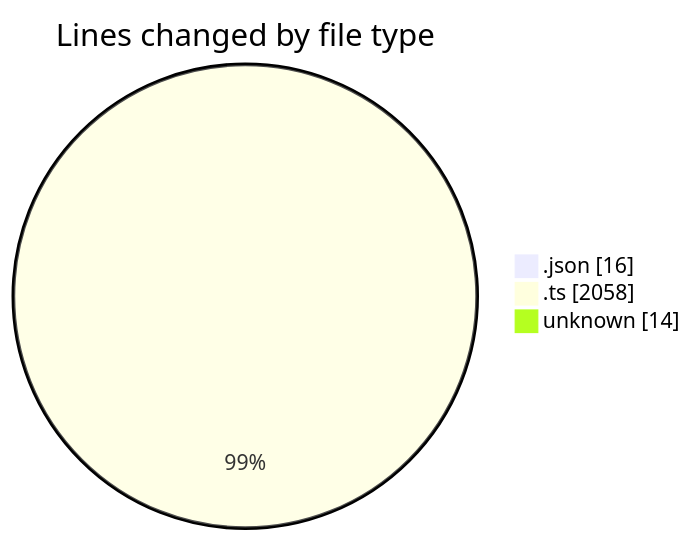
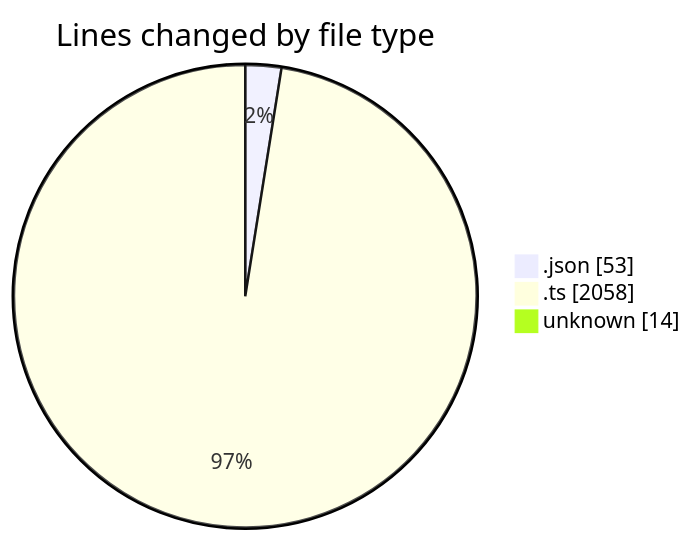
One commit to tmsrecording-cyber/code-tracking changed the first of 2 diagrams in 2026-02-01/singularitybrainai/README.md. Above: the diagram before and after it, drawn with Mermaid. The commit also changed other lines of this file and 1 other file, not shown here.

````diff
--- a/2026-02-01/singularitybrainai/README.md
+++ b/2026-02-01/singularitybrainai/README.md
@@ -24,7 +24,7 @@
 ```mermaid
 pie showData
 title Lines changed by file type
-".json" : 16
+".json" : 53
 ".ts" : 2058
 "unknown" : 14
 ```
````
